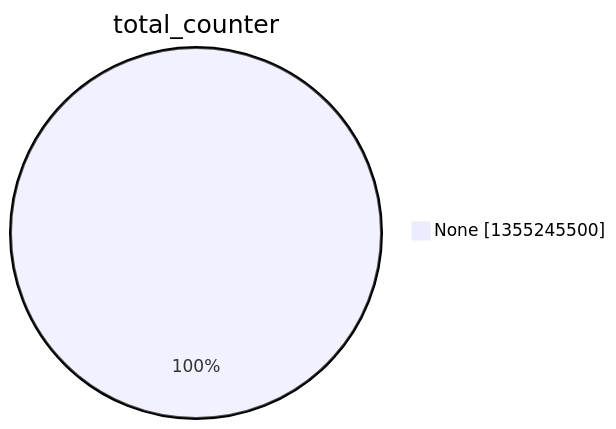
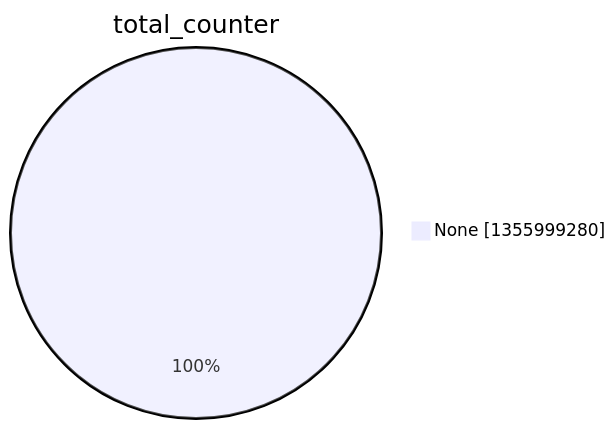
One commit to christiankrug/ctmonitor_visualization changed the second of 15 diagrams in argon2022/README.md. Above: the diagram before and after it, drawn with Mermaid. The commit also changed other lines of this file, not shown here.

````diff
--- a/argon2022/README.md
+++ b/argon2022/README.md
@@ -9,5 +9,5 @@
 ```mermaid
 pie showData
 title total_counter
-"None" :1355245500
+"None" :1355999280
 ```
````
